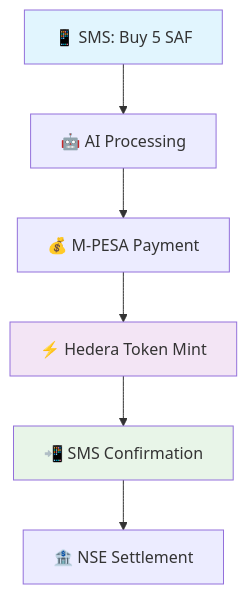
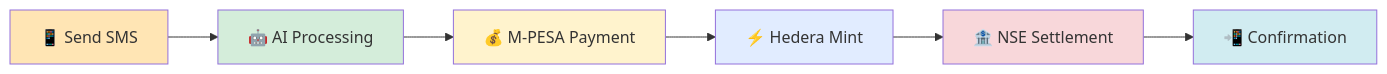
One commit to RayMune/Text-A-HBAR-Hackathon changed the first of 2 diagrams in readme.md. Above: the diagram before and after it, drawn with Mermaid. The commit also changed other lines of this file, not shown here.

````diff
--- a/readme.md
+++ b/readme.md
@@ -114,12 +195,15 @@
 ```mermaid
-graph TD
-    A[📱 SMS: Buy 5 SAF] --> B[🤖 AI Processing]
+graph LR
+    A[📱 Send SMS] --> B[🤖 AI Processing]
     B --> C[💰 M-PESA Payment]
-    C --> D[⚡ Hedera Token Mint]
-    D --> E[📲 SMS Confirmation]
-    E --> F[🏦 NSE Settlement]
+    C --> D[⚡ Hedera Mint]
+    D --> E[🏦 NSE Settlement]
+    E --> F[📲 Confirmation]
     
-    style A fill:#e1f5fe
-    style D fill:#f3e5f5
-    style E fill:#e8f5e8
+    style A fill:#FFE5B4
+    style B fill:#D4EDDA
+    style C fill:#FFF3CD
+    style D fill:#E1ECFF
+    style E fill:#F8D7DA
+    style F fill:#D1ECF1
 ```
````
